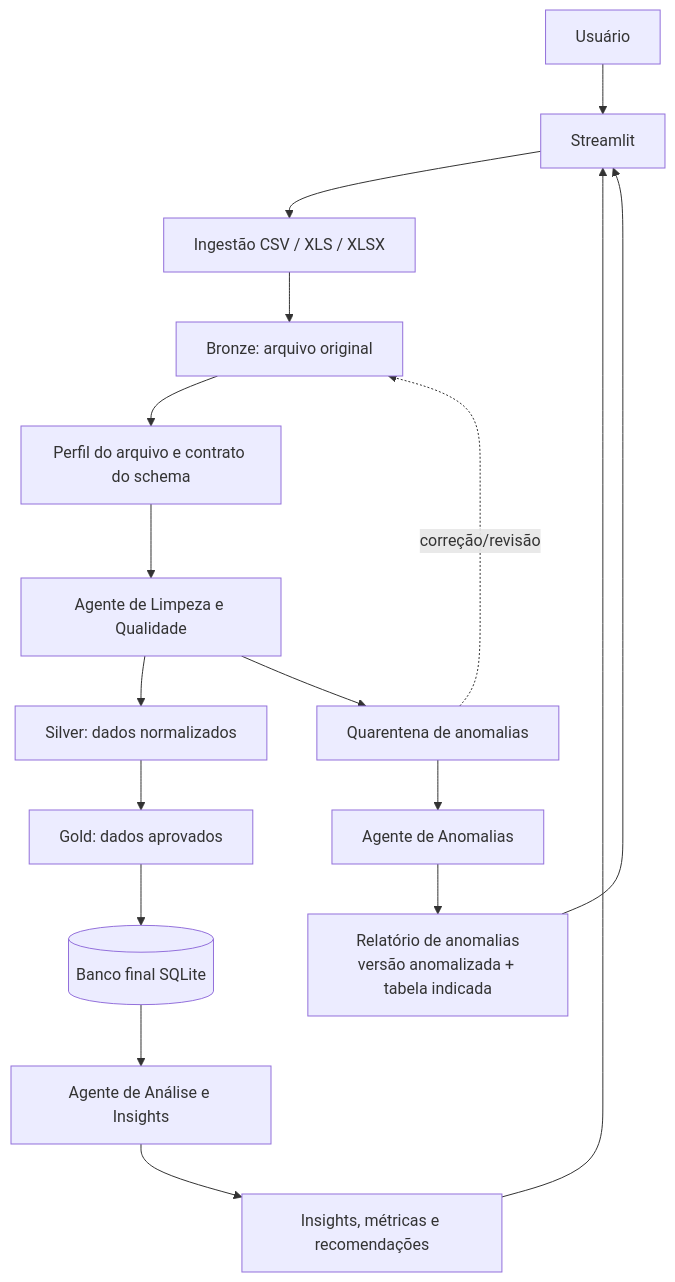
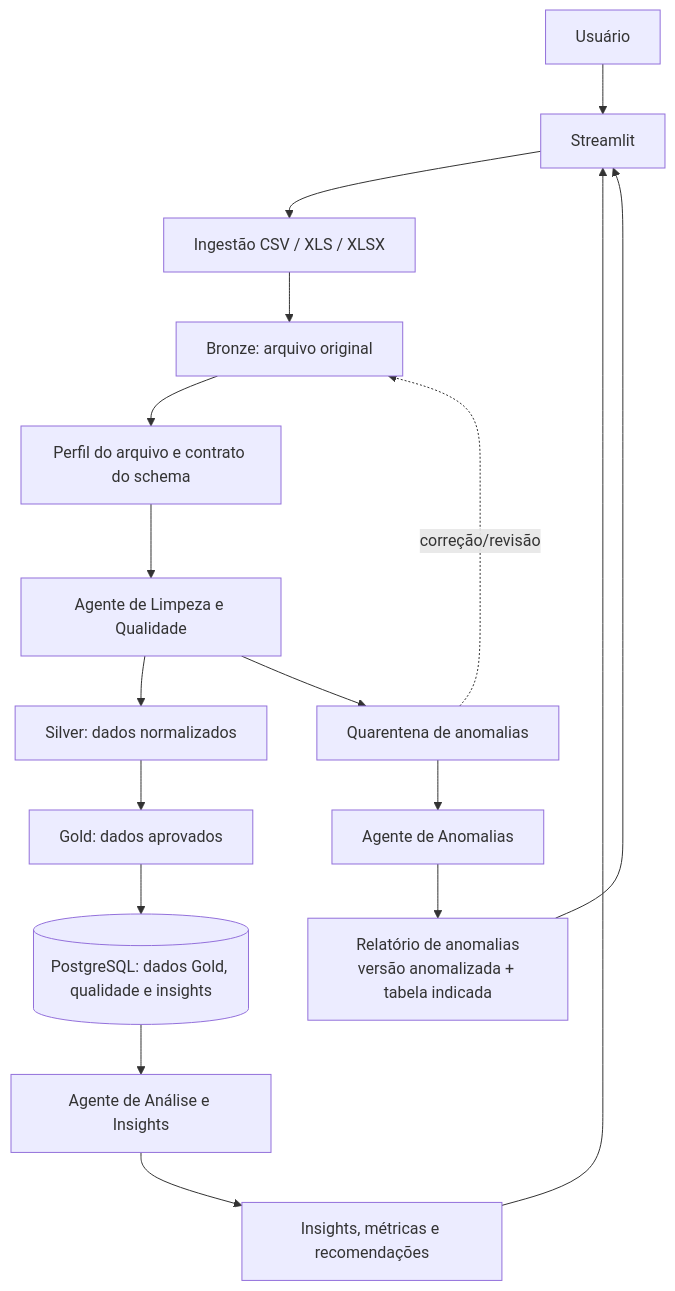
Before and after one commit to GeorgeLucas1/Pipeline_csv_to_db: the first of 2 diagrams in README.md, drawn with Mermaid. The commit also changed other lines of this file and 1 other file, not shown here.

Commit message:
docs: adiciona persistencia postgres via docker e insights

````diff
--- a/README.md
+++ b/README.md
@@ -31,24 +31,24 @@
 ```mermaid
 graph TD
     U[Usuário] --> ST[Streamlit]
     ST --> IN[Ingestão CSV / XLS / XLSX]
     IN --> B[Bronze: arquivo original]
 
     B --> P[Perfil do arquivo e contrato do schema]
     P --> L[Agente de Limpeza e Qualidade]
     L --> S[Silver: dados normalizados]
     L --> Q[Quarentena de anomalias]
 
     Q --> A[Agente de Anomalias]
     A --> R[Relatório de anomalias<br/>versão anomalizada + tabela indicada]
     R --> ST
 
     S --> G[Gold: dados aprovados]
-    G --> DB[(Banco final SQLite)]
+    G --> DB[(PostgreSQL: dados Gold, qualidade e insights)]
 
     DB --> I[Agente de Análise e Insights]
     I --> INS[Insights, métricas e recomendações]
     INS --> ST
 
     Q -. correção/revisão .-> B
 ```
````
